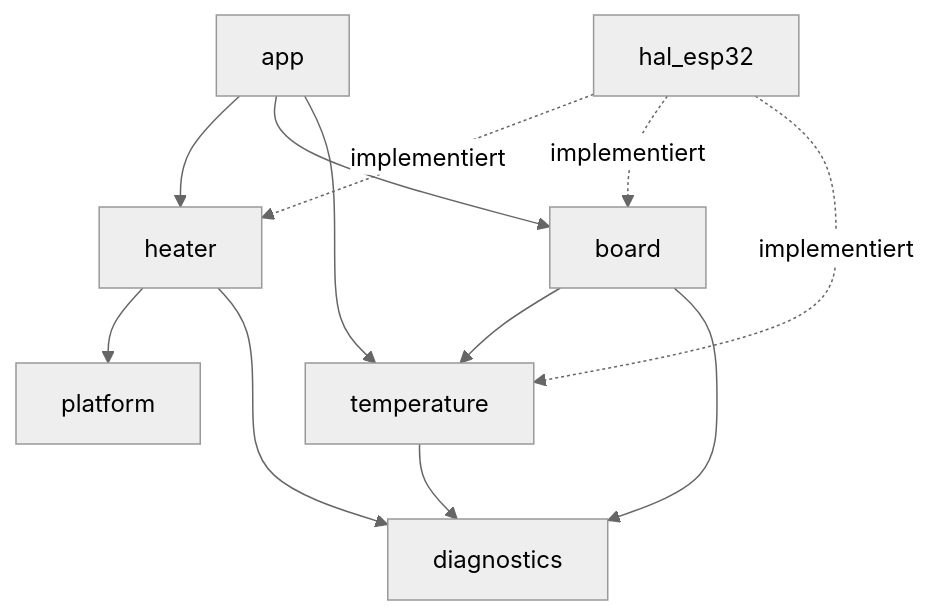
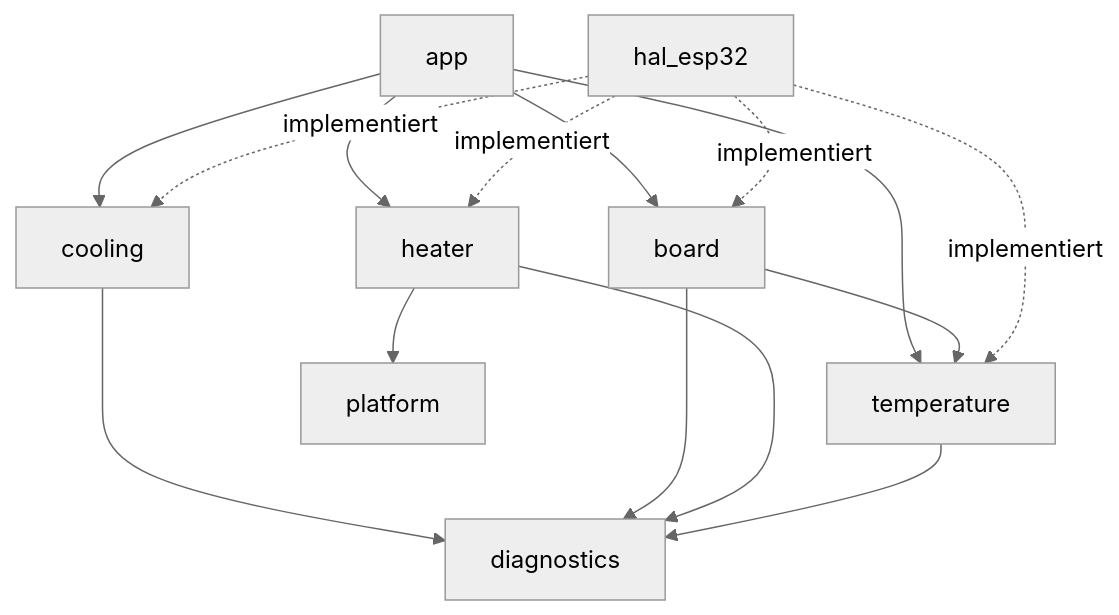
One commit to oprobst/OvenController changed the diagram in specs/002-controller-pcb/contracts/interfaces.md. Above: the diagram before and after it, drawn with Mermaid (neutral theme). The commit also changed other lines of this file and 7 other files, not shown here.

````diff
--- a/specs/002-controller-pcb/contracts/interfaces.md
+++ b/specs/002-controller-pcb/contracts/interfaces.md
@@ -11,14 +11,17 @@
 ```mermaid
 graph TD
     app --> heater
     app --> board
     app --> temperature
+    app --> cooling
+    cooling --> diagnostics
     board --> temperature
     board --> diagnostics
     heater --> platform
     heater --> diagnostics
     temperature --> diagnostics
     hal_esp32 -.implementiert.-> heater
     hal_esp32 -.implementiert.-> board
     hal_esp32 -.implementiert.-> temperature
+    hal_esp32 -.implementiert.-> cooling
 ```
````
